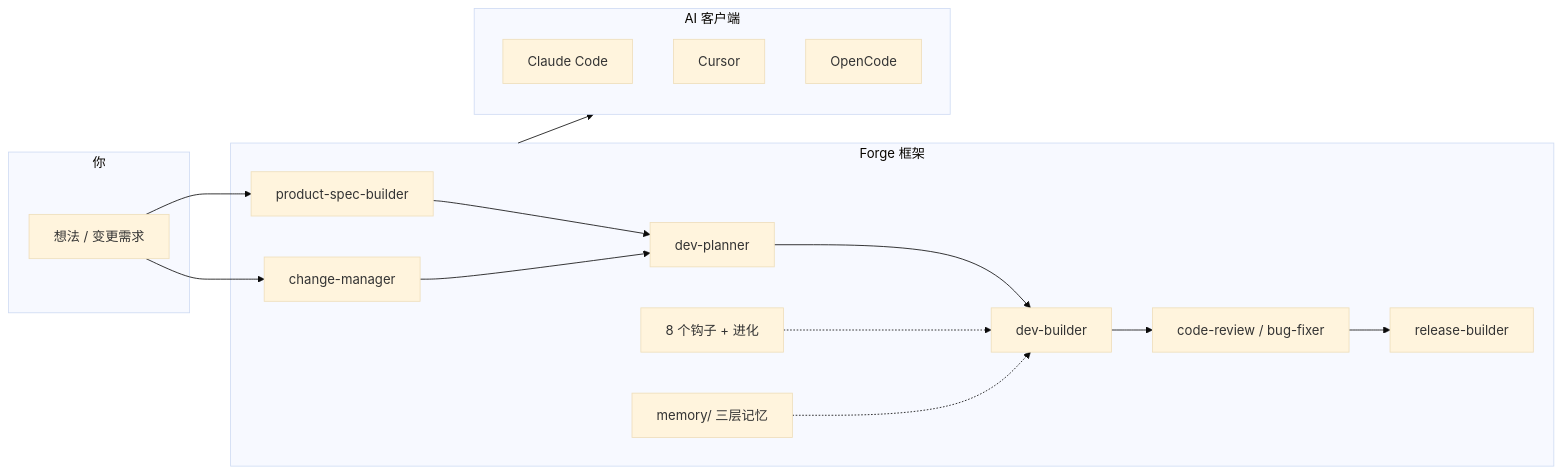
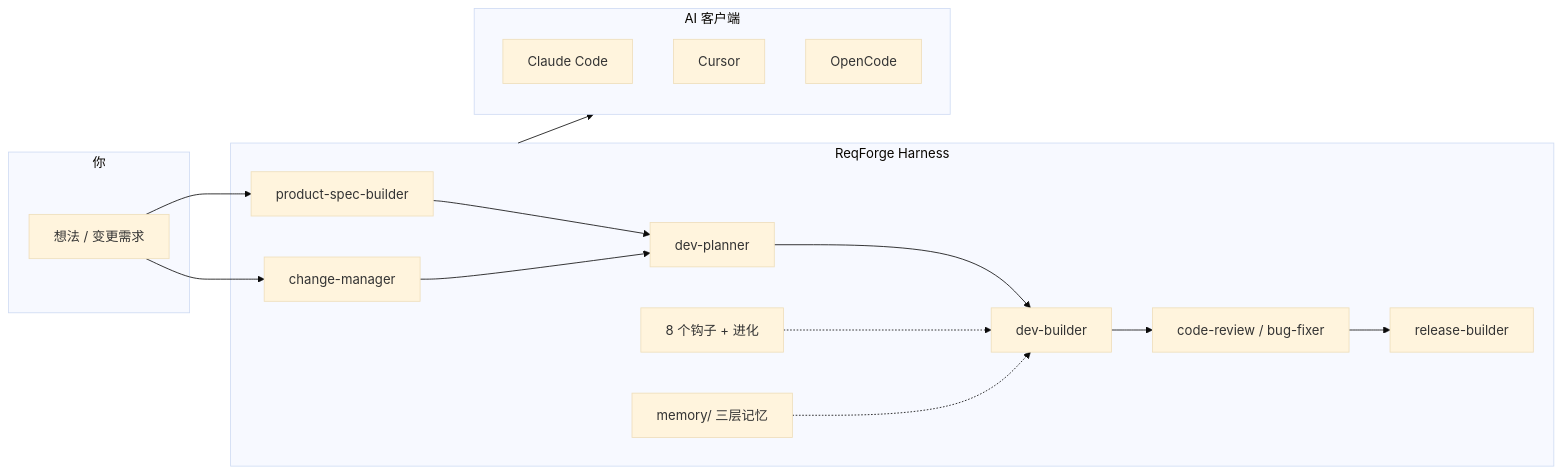
The diagram in README.zh-CN.md (zxpmail/ReqForge), drawn with Mermaid (base theme) before and after one commit. The commit also changed other lines of this file and 8 other files, not shown here.

````diff
--- a/README.zh-CN.md
+++ b/README.zh-CN.md
@@ -15,34 +15,34 @@
 ```mermaid
 flowchart LR
   subgraph inputs [你]
     Idea[想法 / 变更需求]
   end
 
-  subgraph forge [Forge 框架]
+  subgraph forge [ReqForge Harness]
     Spec[product-spec-builder]
     Chg[change-manager]
     Plan[dev-planner]
     Build[dev-builder]
     Rev[code-review / bug-fixer]
     Rel[release-builder]
     Hooks[8 个钩子 + 进化]
     Mem[memory/ 三层记忆]
   end
 
   subgraph clients [AI 客户端]
     CC[Claude Code]
     CU[Cursor]
     OC[OpenCode]
   end
 
   Idea --> Spec
   Spec --> Plan
   Idea --> Chg
   Chg --> Plan
   Plan --> Build
   Build --> Rev
   Rev --> Rel
   Hooks -.-> Build
   Mem -.-> Build
   forge --> clients
 ```
````
